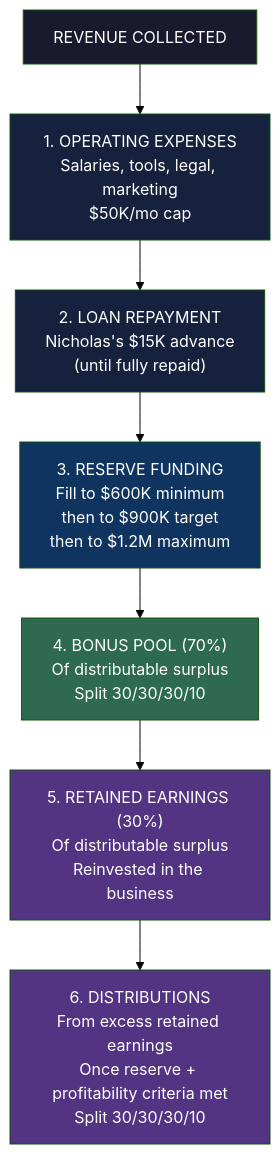
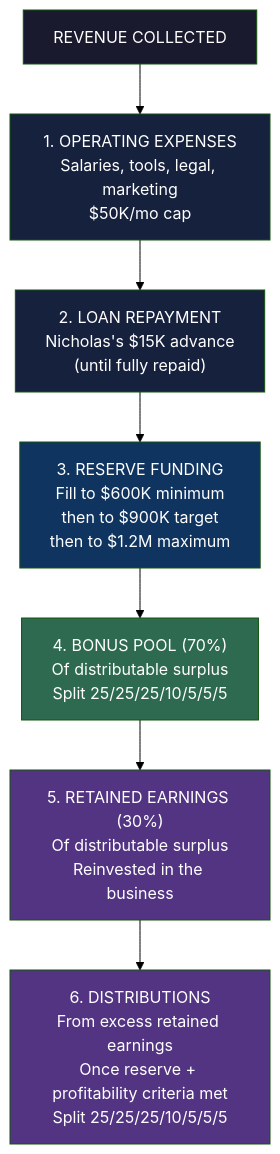
Before and after one commit to Light-Brands/qie: the third of 3 diagrams in docs/light-brands-operations-manual-2026-03-05.md, drawn with Mermaid (forest theme). The commit also changed other lines of this file and 1 other file, not shown here.

````diff
--- a/docs/light-brands-operations-manual-2026-03-05.md
+++ b/docs/light-brands-operations-manual-2026-03-05.md
@@ -240,20 +252,20 @@
 ```mermaid
 graph TD
     R["REVENUE COLLECTED"]
     P1["1. OPERATING EXPENSES<br/>Salaries, tools, legal, marketing<br/>$50K/mo cap"]
     P2["2. LOAN REPAYMENT<br/>Nicholas's $15K advance<br/>(until fully repaid)"]
     P3["3. RESERVE FUNDING<br/>Fill to $600K minimum<br/>then to $900K target<br/>then to $1.2M maximum"]
-    P4["4. BONUS POOL (70%)<br/>Of distributable surplus<br/>Split 30/30/30/10"]
+    P4["4. BONUS POOL (70%)<br/>Of distributable surplus<br/>Split 25/25/25/10/5/5/5"]
     P5["5. RETAINED EARNINGS (30%)<br/>Of distributable surplus<br/>Reinvested in the business"]
-    P6["6. DISTRIBUTIONS<br/>From excess retained earnings<br/>Once reserve + profitability criteria met<br/>Split 30/30/30/10"]
+    P6["6. DISTRIBUTIONS<br/>From excess retained earnings<br/>Once reserve + profitability criteria met<br/>Split 25/25/25/10/5/5/5"]
 
     R --> P1 --> P2 --> P3 --> P4 --> P5 --> P6
 
     style R fill:#1a1a2e,color:#fff
     style P1 fill:#16213e,color:#fff
     style P2 fill:#16213e,color:#fff
     style P3 fill:#0f3460,color:#fff
     style P4 fill:#2d6a4f,color:#fff
     style P5 fill:#533483,color:#fff
     style P6 fill:#533483,color:#fff
 ```
````
